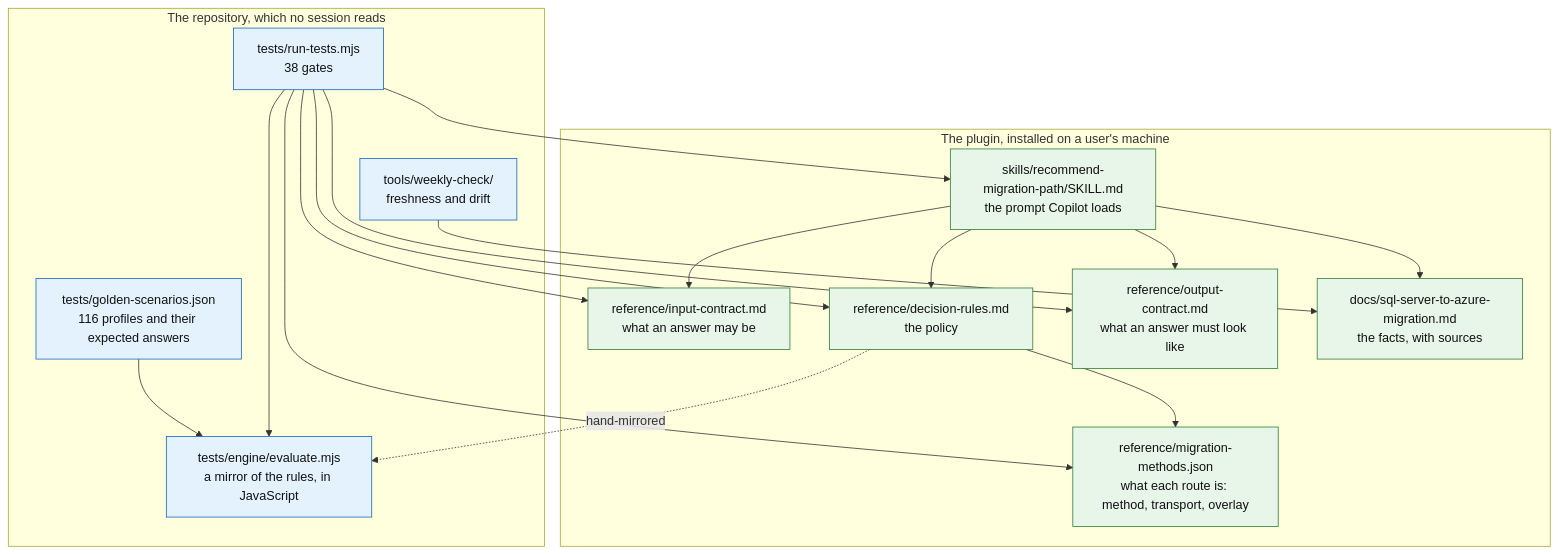
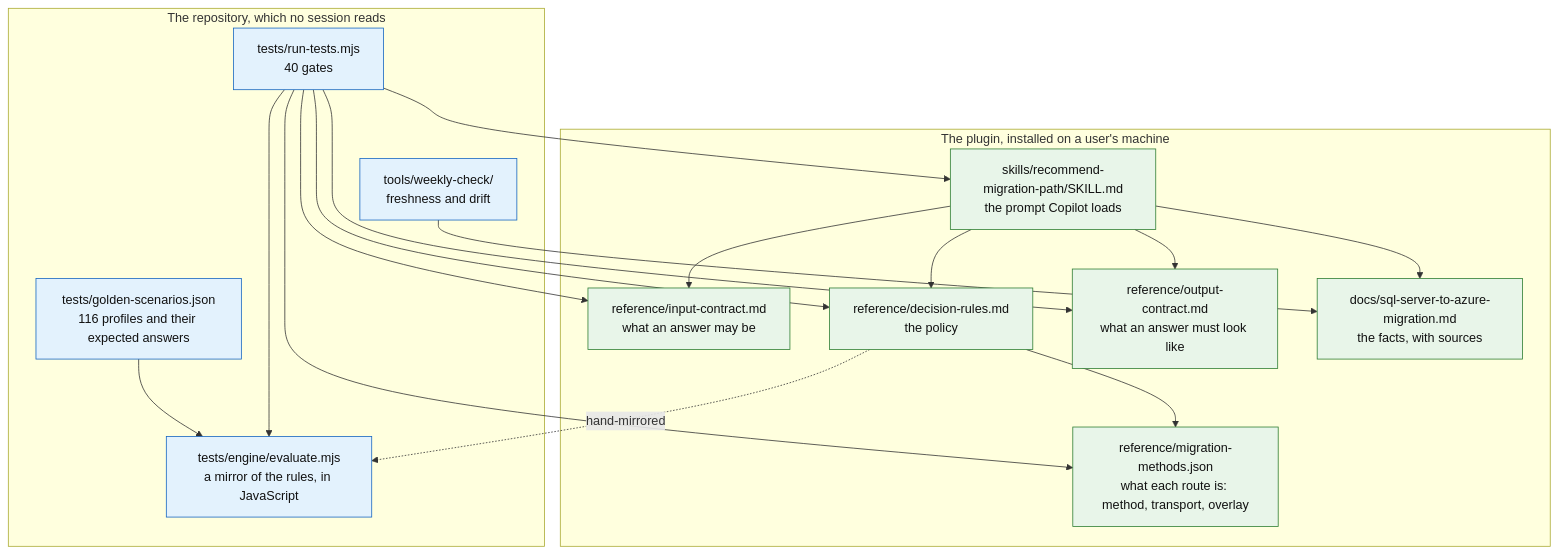
Before and after one commit to fredgis/sql-migration-advisor: the first of 3 diagrams in docs/ARCHITECTURE.md, drawn with Mermaid. The commit also changed other lines of this file and 21 other files, not shown here.

````diff
--- a/docs/ARCHITECTURE.md
+++ b/docs/ARCHITECTURE.md
@@ -28,38 +28,38 @@
 ```mermaid
 flowchart TD
     subgraph plugin["The plugin, installed on a user's machine"]
       SK["skills/recommend-migration-path/SKILL.md<br/>the prompt Copilot loads"]
       IC["reference/input-contract.md<br/>what an answer may be"]
       DR["reference/decision-rules.md<br/>the policy"]
       OC["reference/output-contract.md<br/>what an answer must look like"]
       MM["reference/migration-methods.json<br/>what each route is: method, transport, overlay"]
       KB["docs/sql-server-to-azure-migration.md<br/>the facts, with sources"]
     end
 
     subgraph repo["The repository, which no session reads"]
       EN["tests/engine/evaluate.mjs<br/>a mirror of the rules, in JavaScript"]
       GS["tests/golden-scenarios.json<br/>116 profiles and their expected answers"]
-      GA["tests/run-tests.mjs<br/>38 gates"]
+      GA["tests/run-tests.mjs<br/>40 gates"]
       WK["tools/weekly-check/<br/>freshness and drift"]
     end
 
     SK --> IC
     SK --> DR
     SK --> OC
     SK --> KB
     DR --> MM
     DR -.->|hand-mirrored| EN
     GS --> EN
     GA --> EN
     GA --> SK
     GA --> IC
     GA --> DR
     GA --> OC
     GA --> MM
     WK --> KB
 
     classDef live fill:#e8f5e9,stroke:#2e7d32,color:#111
     classDef test fill:#e3f2fd,stroke:#1565c0,color:#111
     class SK,IC,DR,OC,KB,MM live
     class EN,GS,GA,WK test
 ```
````
